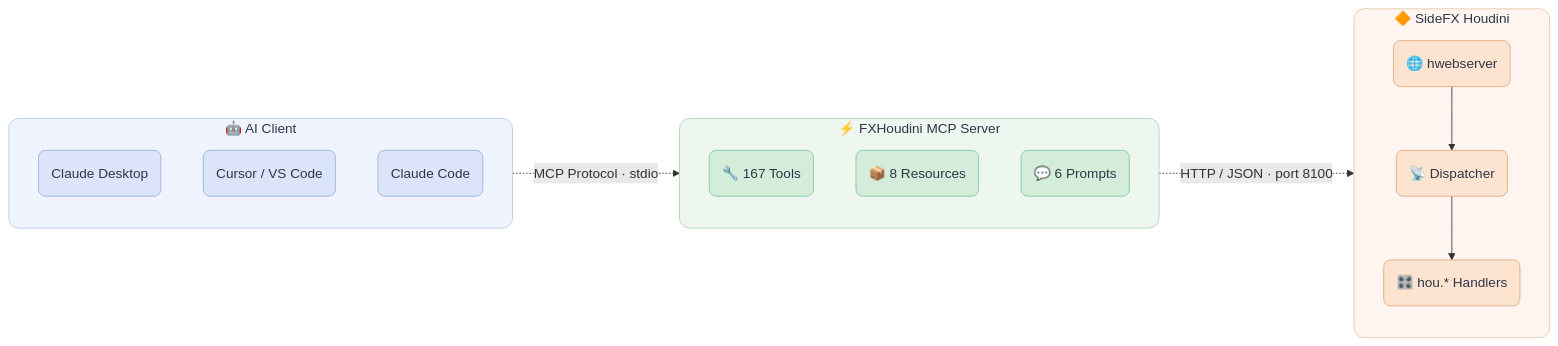
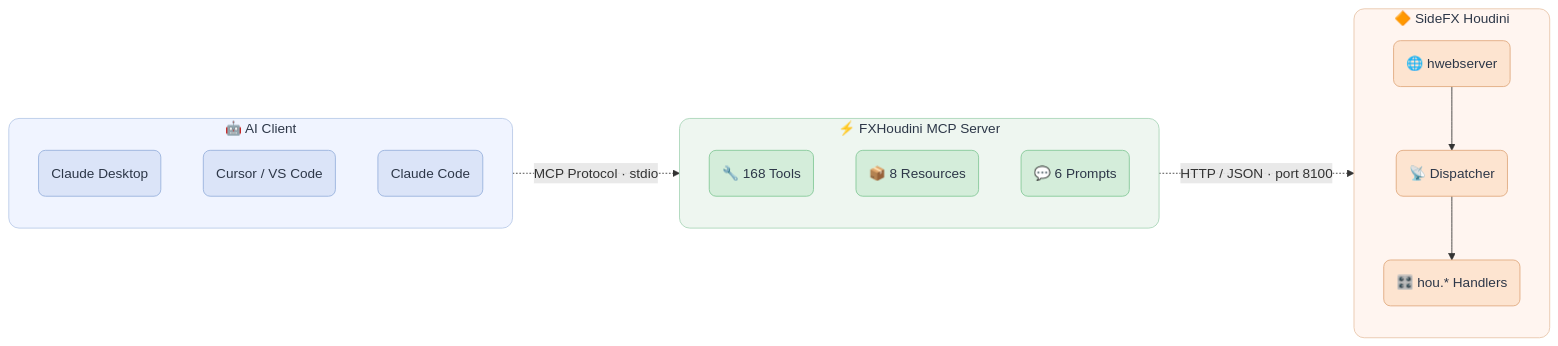
Before and after one commit to Ced04826/fxhoudinimcp: the diagram in README.md, drawn with Mermaid. The commit also changed other lines of this file and 18 other files, not shown here.

````diff
--- a/README.md
+++ b/README.md
@@ -87,42 +87,42 @@
 ```mermaid
 flowchart LR
     subgraph Client[" 🤖 AI Client "]
         direction TB
         A1("Claude Desktop")
         A2("Cursor / VS Code")
         A3("Claude Code")
     end
 
     subgraph MCP[" ⚡ FXHoudini MCP Server "]
         direction TB
-        B1("🔧 167 Tools")
+        B1("🔧 168 Tools")
         B2("📦 8 Resources")
         B3("💬 6 Prompts")
     end
 
     subgraph Houdini[" 🔶 SideFX Houdini "]
         direction TB
         C1("🌐 hwebserver")
         C2("📡 Dispatcher")
         C3("🎛️ hou.* Handlers")
         C1 --> C2 --> C3
     end
 
     Client -. "MCP Protocol · stdio" .-> MCP
     MCP -. "HTTP / JSON · port 8100" .-> Houdini
 
     classDef clientBox fill:#f0f4ff,stroke:#b8c9e8,stroke-width:1px,color:#2d3748,rx:12,ry:12
     classDef mcpBox fill:#eef6f0,stroke:#a8d5b8,stroke-width:1px,color:#2d3748,rx:12,ry:12
     classDef houdiniBox fill:#fff5f0,stroke:#e8c4a8,stroke-width:1px,color:#2d3748,rx:12,ry:12
 
     classDef clientNode fill:#dbe4f8,stroke:#96b0dc,stroke-width:1px,color:#2d3748,rx:8,ry:8
     classDef mcpNode fill:#d4edda,stroke:#82c896,stroke-width:1px,color:#2d3748,rx:8,ry:8
     classDef houdiniNode fill:#fde4d0,stroke:#e0a87c,stroke-width:1px,color:#2d3748,rx:8,ry:8
 
     class Client clientBox
     class MCP mcpBox
     class Houdini houdiniBox
     class A1,A2,A3 clientNode
     class B1,B2,B3 mcpNode
     class C1,C2,C3 houdiniNode
 ```
````
